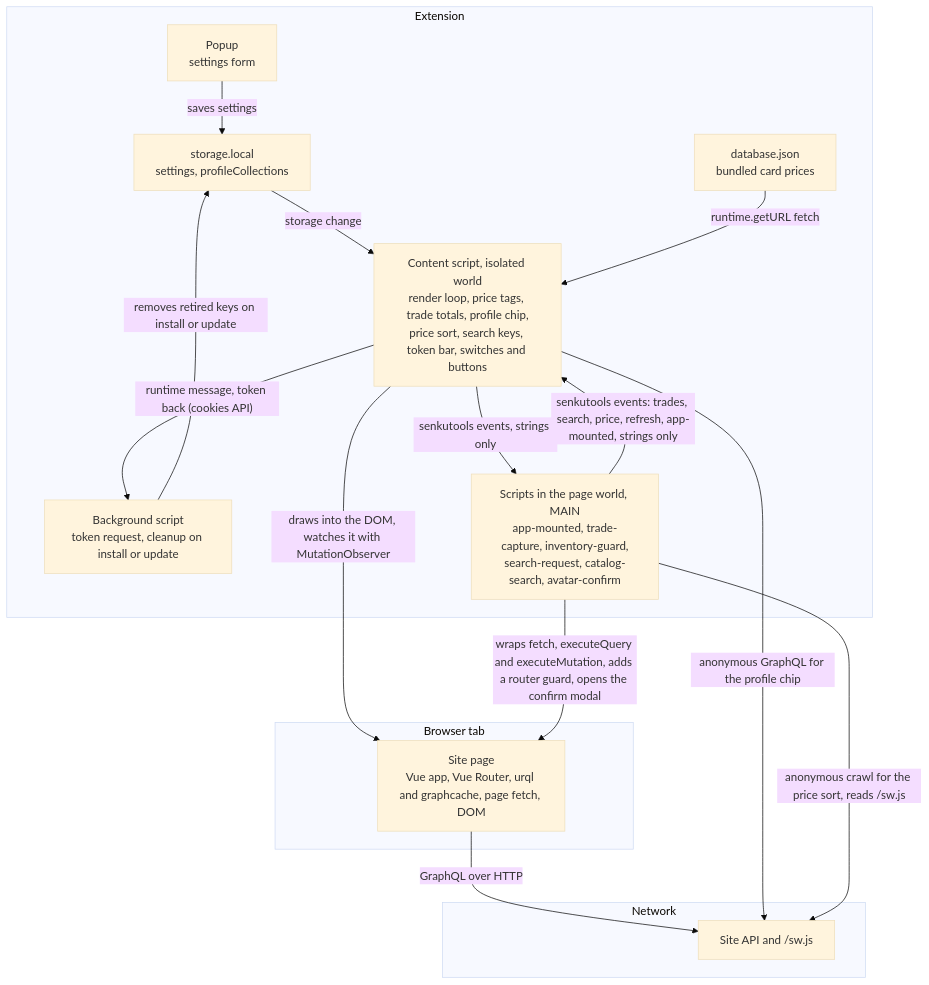
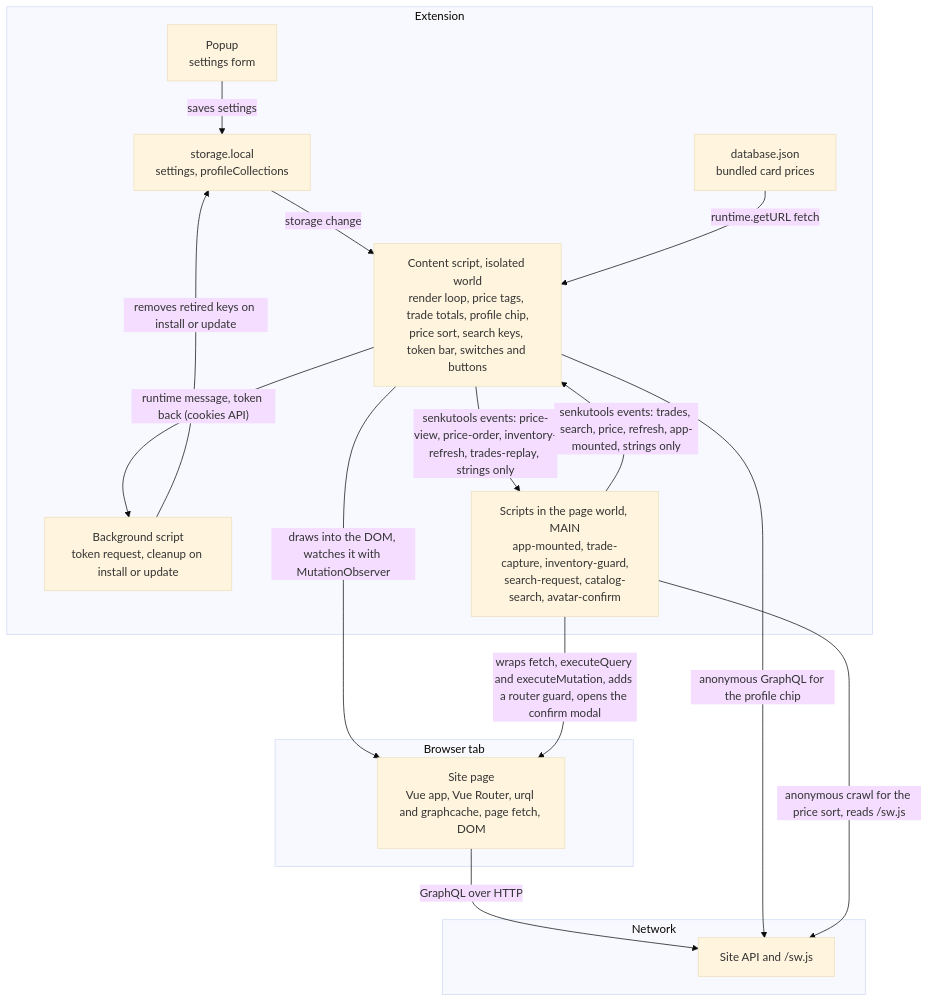
Before and after one commit to Antawq/senkuro-tools: the first of 8 diagrams in docs/architecture.md, drawn with Mermaid (base theme). The commit also changed other lines of this file and 1 other file, not shown here.

Commit message:
chore: tighten the wording of the architecture pages

````diff
--- a/docs/architecture.md
+++ b/docs/architecture.md
@@ -9,29 +9,29 @@
 ```mermaid
 flowchart TB
   subgraph EXT["Extension"]
     P["Popup<br/>settings form"]
     BG["Background script<br/>token request, cleanup on install or update"]
     ST["storage.local<br/>settings, profileCollections"]
     DB["database.json<br/>bundled card prices"]
     ISO["Content script, isolated world<br/>render loop, price tags, trade totals, profile chip,<br/>price sort, search keys, token bar, switches and buttons"]
     MAIN["Scripts in the page world, MAIN<br/>app-mounted, trade-capture, inventory-guard,<br/>search-request, catalog-search, avatar-confirm"]
   end
   subgraph TAB["Browser tab"]
     PAGE["Site page<br/>Vue app, Vue Router, urql and graphcache, page fetch, DOM"]
   end
   subgraph NET["Network"]
     API["Site API and /sw.js"]
   end
   P -->|"saves settings"| ST
   BG -->|"removes retired keys on install or update"| ST
   ST -->|"storage change"| ISO
   DB -->|"runtime.getURL fetch"| ISO
   ISO -->|"runtime message, token back (cookies API)"| BG
-  ISO -->|"senkutools events, strings only"| MAIN
+  ISO -->|"senkutools events: price-view, price-order, inventory-refresh, trades-replay, strings only"| MAIN
   MAIN -->|"senkutools events: trades, search, price, refresh, app-mounted, strings only"| ISO
   ISO -->|"draws into the DOM, watches it with MutationObserver"| PAGE
   MAIN -->|"wraps fetch, executeQuery and executeMutation, adds a router guard, opens the confirm modal"| PAGE
   PAGE -->|"GraphQL over HTTP"| API
   ISO -->|"anonymous GraphQL for the profile chip"| API
   MAIN -->|"anonymous crawl for the price sort, reads /sw.js"| API
 ```
````
